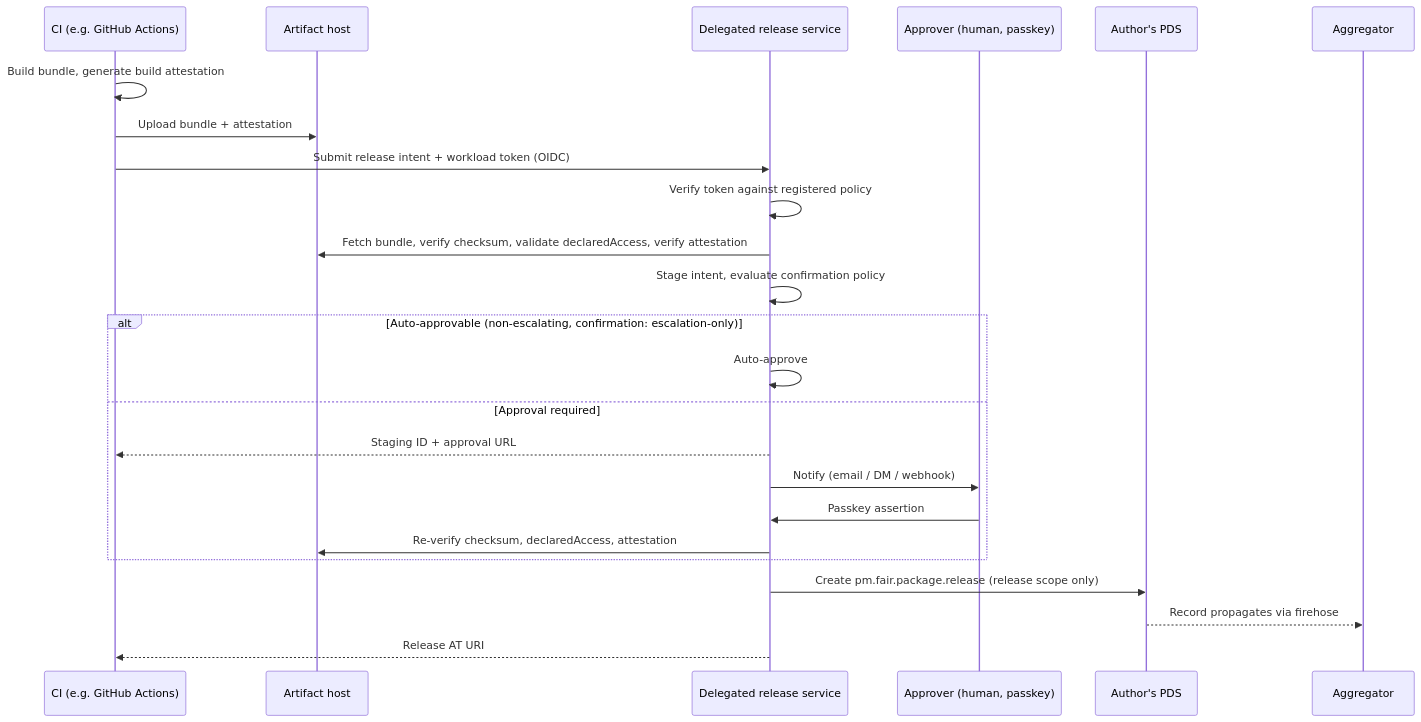
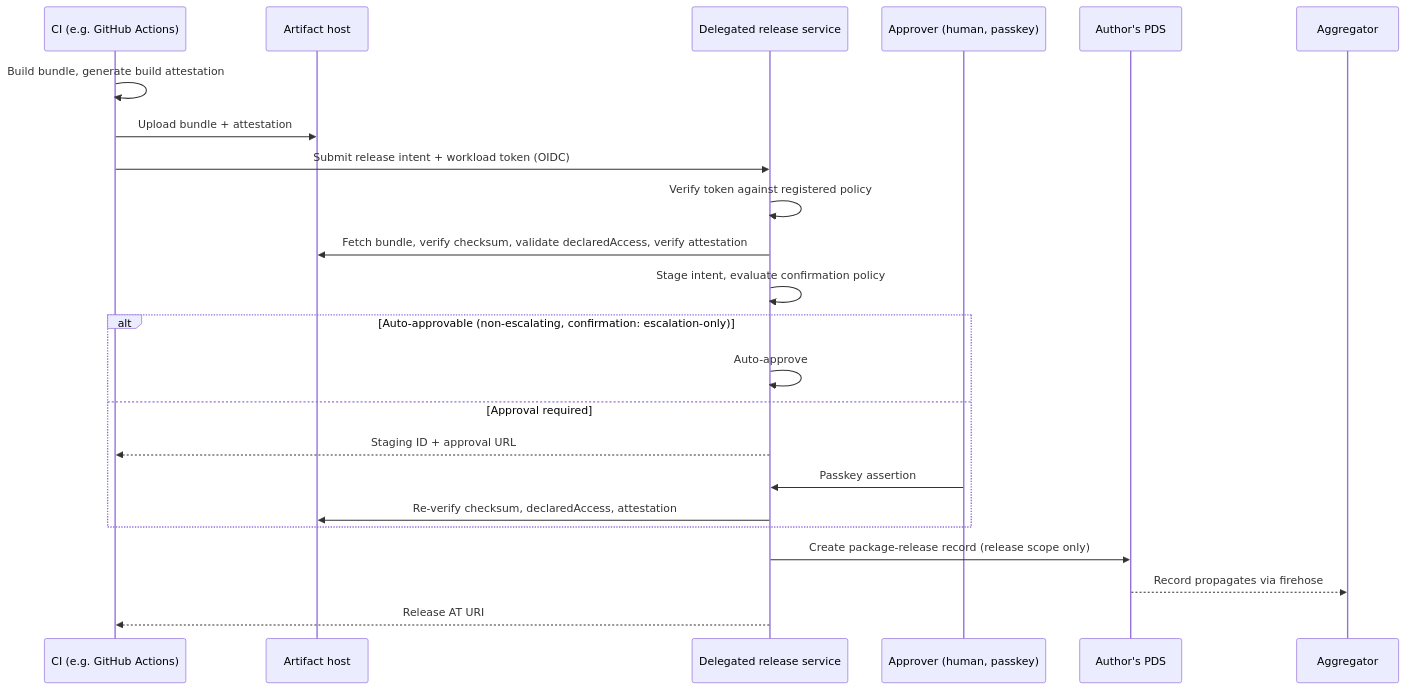
Before and after one commit to 601444279/emdash: the diagram in rfcs/0002-attested-automated-publishing.md, drawn with Mermaid. The commit also changed other lines of this file, not shown here.

Commit message:
docs(rfc-0002): reconcile delegated release architecture

````diff
--- a/rfcs/0002-attested-automated-publishing.md
+++ b/rfcs/0002-attested-automated-publishing.md
@@ -173,27 +176,26 @@
 ```mermaid
 sequenceDiagram
     participant CI as CI (e.g. GitHub Actions)
     participant Host as Artifact host
     participant DRS as Delegated release service
     participant Approver as Approver (human, passkey)
     participant PDS as Author's PDS
     participant Agg as Aggregator
 
     CI->>CI: Build bundle, generate build attestation
     CI->>Host: Upload bundle + attestation
     CI->>DRS: Submit release intent + workload token (OIDC)
     DRS->>DRS: Verify token against registered policy
     DRS->>Host: Fetch bundle, verify checksum, validate declaredAccess, verify attestation
     DRS->>DRS: Stage intent, evaluate confirmation policy
     alt Auto-approvable (non-escalating, confirmation: escalation-only)
         DRS->>DRS: Auto-approve
     else Approval required
         DRS-->>CI: Staging ID + approval URL
-        DRS->>Approver: Notify (email / DM / webhook)
         Approver->>DRS: Passkey assertion
         DRS->>Host: Re-verify checksum, declaredAccess, attestation
     end
-    DRS->>PDS: Create pm.fair.package.release (release scope only)
+    DRS->>PDS: Create package-release record (release scope only)
     PDS-->>Agg: Record propagates via firehose
     DRS-->>CI: Release AT URI
 ```
````
